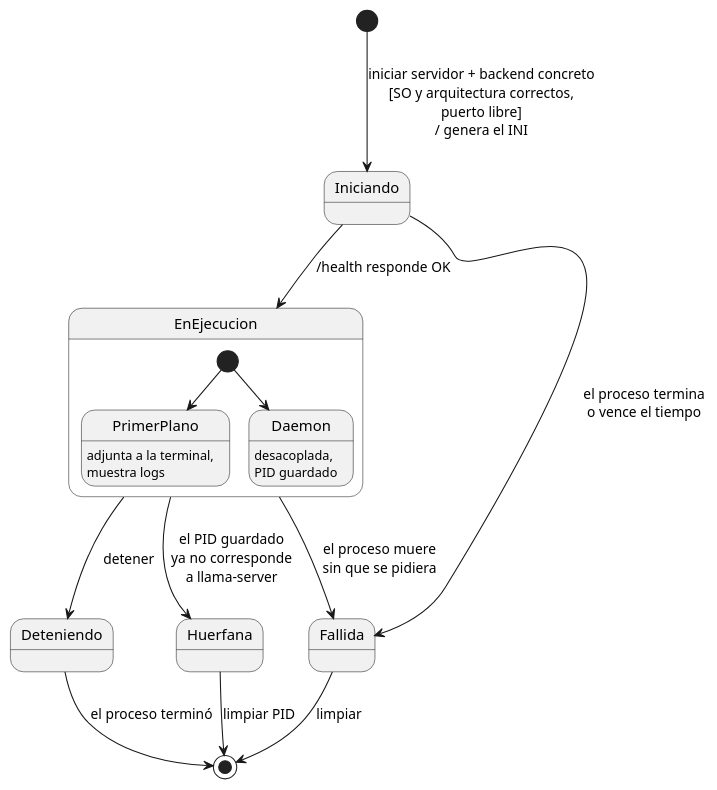
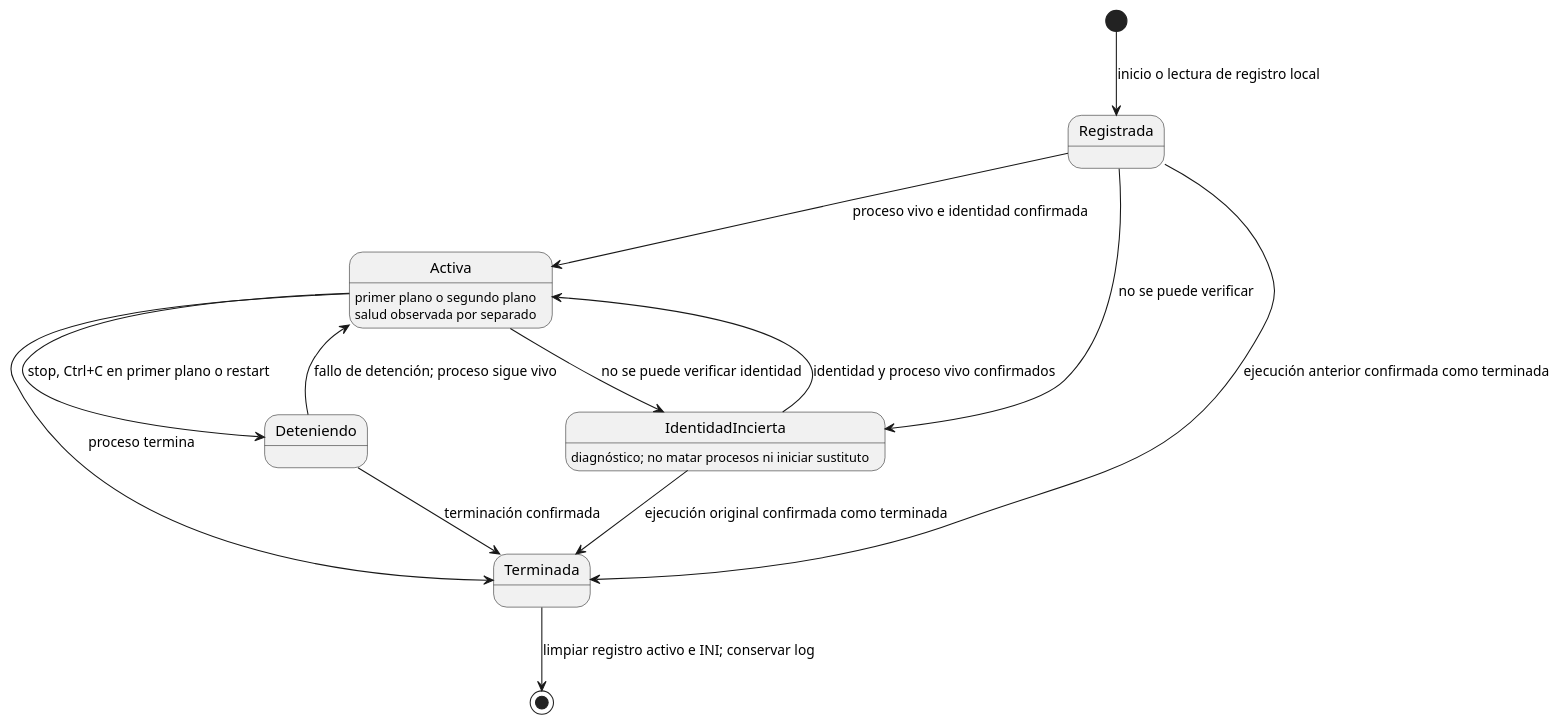
Before and after one commit to mstranich/coquena: the first of 3 diagrams in docs/estados.md, drawn with PlantUML. The commit also changed other lines of this file and 4 other files, not shown here.

````diff
--- a/docs/estados.md
+++ b/docs/estados.md
@@ -9,21 +9,19 @@
 ```plantuml
 @startuml
-[*] --> Iniciando : iniciar servidor + backend concreto\n[SO y arquitectura correctos,\npuerto libre]\n/ genera el INI
-Iniciando --> EnEjecucion : /health responde OK
-Iniciando --> Fallida : el proceso termina\no vence el tiempo
-EnEjecucion --> Deteniendo : detener
-Deteniendo --> [*] : el proceso terminó
-EnEjecucion --> Fallida : el proceso muere\nsin que se pidiera
-Fallida --> [*] : limpiar
-
-EnEjecucion --> Huerfana : el PID guardado\nya no corresponde\na llama-server
-Huerfana --> [*] : limpiar PID
-
-state EnEjecucion {
-  [*] --> PrimerPlano
-  [*] --> Daemon
-  PrimerPlano : adjunta a la terminal,\nmuestra logs
-  Daemon : desacoplada,\nPID guardado
-}
+[*] --> Registrada : inicio o lectura de registro local
+Registrada --> Activa : proceso vivo e identidad confirmada
+Registrada --> IdentidadIncierta : no se puede verificar
+Registrada --> Terminada : ejecución anterior confirmada como terminada
+Activa --> Deteniendo : stop, Ctrl+C en primer plano o restart
+Activa --> Terminada : proceso termina
+Activa --> IdentidadIncierta : no se puede verificar identidad
+IdentidadIncierta --> Activa : identidad y proceso vivo confirmados
+IdentidadIncierta --> Terminada : ejecución original confirmada como terminada
+Deteniendo --> Terminada : terminación confirmada
+Deteniendo --> Activa : fallo de detención; proceso sigue vivo
+Terminada --> [*] : limpiar registro activo e INI; conservar log
+IdentidadIncierta : diagnóstico; no matar procesos ni iniciar sustituto
+Activa : primer plano o segundo plano
+Activa : salud observada por separado
 @enduml
 ```
````
